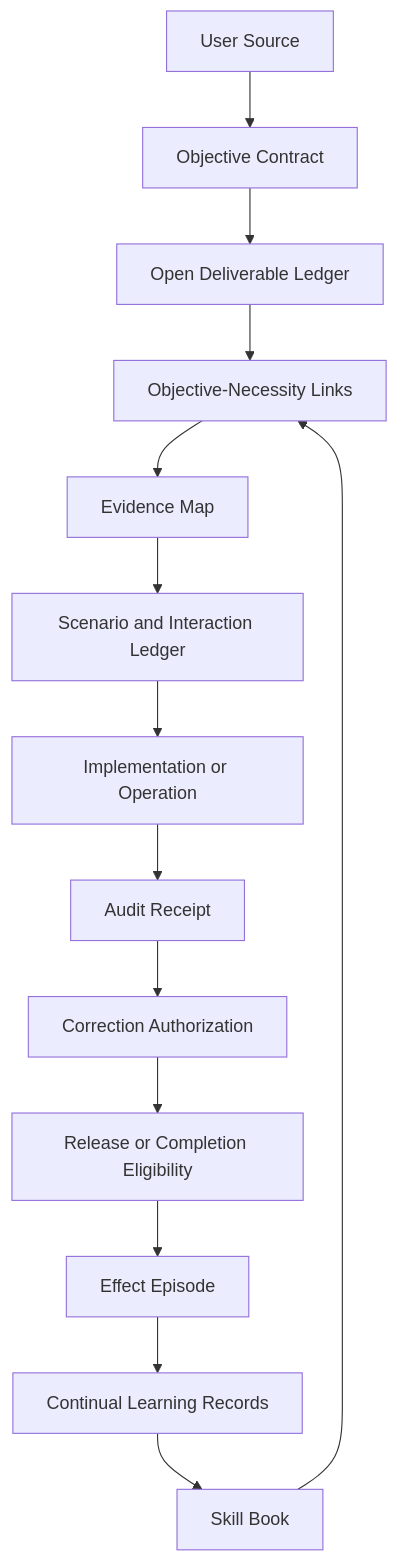
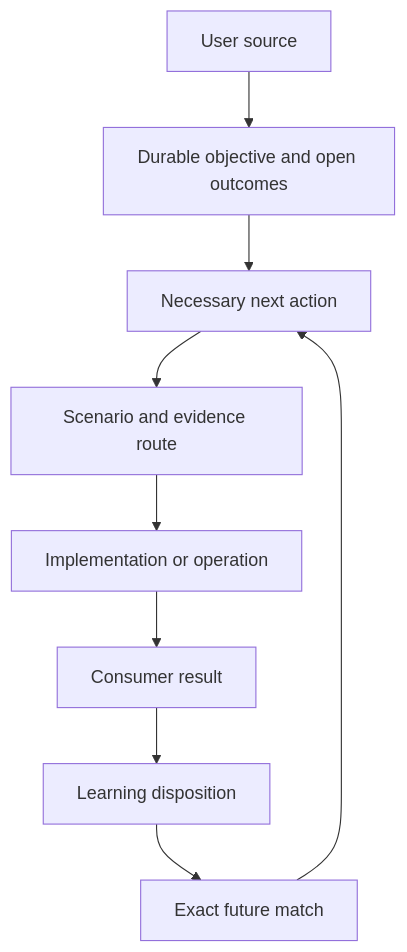
One commit to Chisiki1/objective-integrity-framework changed the diagram in README.md. Above: the diagram before and after it, drawn with Mermaid. The commit also changed other lines of this file and 107 other files, not shown here.

Commit message:
Add objective continuity and action-linked learning runtime

````diff
--- a/README.md
+++ b/README.md
@@ -71,16 +98,11 @@
 ```mermaid
 flowchart TD
-  A[User Source] --> B[Objective Contract]
-  B --> C[Open Deliverable Ledger]
-  C --> D[Objective-Necessity Links]
-  D --> E[Evidence Map]
-  E --> F[Scenario and Interaction Ledger]
-  F --> G[Implementation or Operation]
-  G --> H[Audit Receipt]
-  H --> I[Correction Authorization]
-  I --> J[Release or Completion Eligibility]
-  J --> K[Effect Episode]
-  K --> L[Continual Learning Records]
-  L --> M[Skill Book]
-  M --> D
+  A[User source] --> B[Durable objective and open outcomes]
+  B --> C[Necessary next action]
+  C --> D[Scenario and evidence route]
+  D --> E[Implementation or operation]
+  E --> F[Consumer result]
+  F --> G[Learning disposition]
+  G --> H[Exact future match]
+  H --> C
 ```
````
